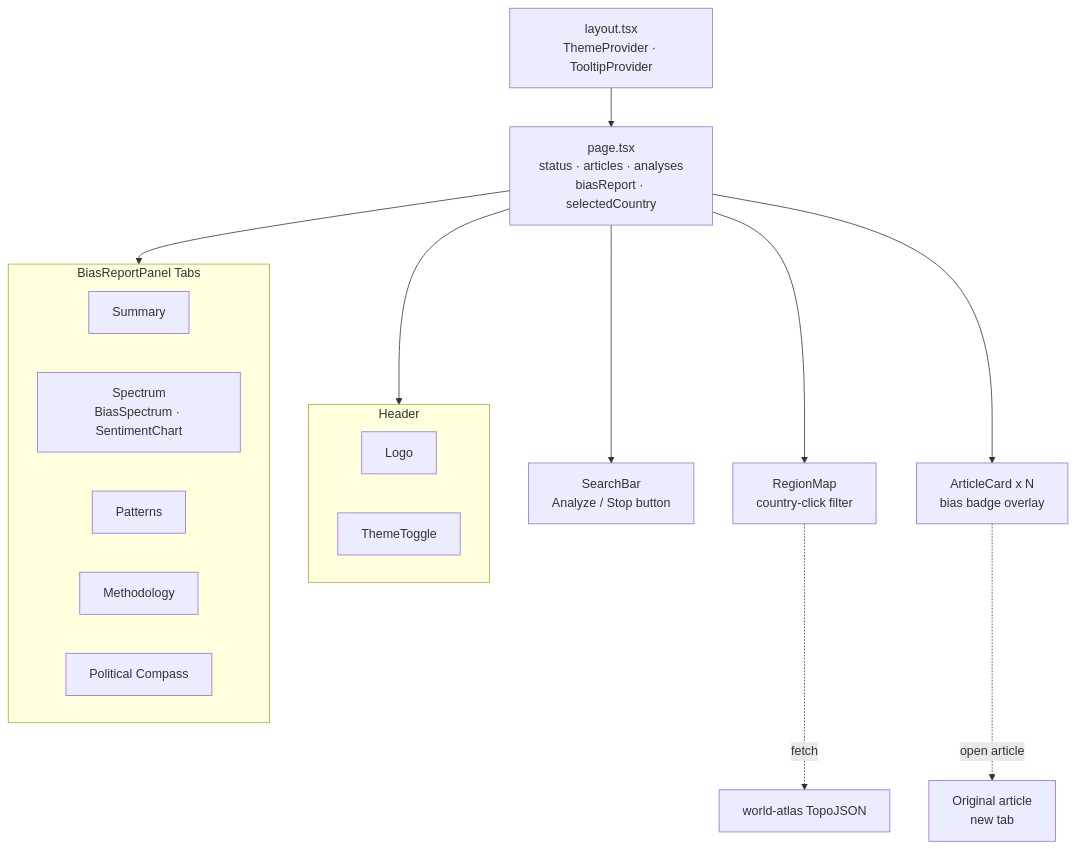
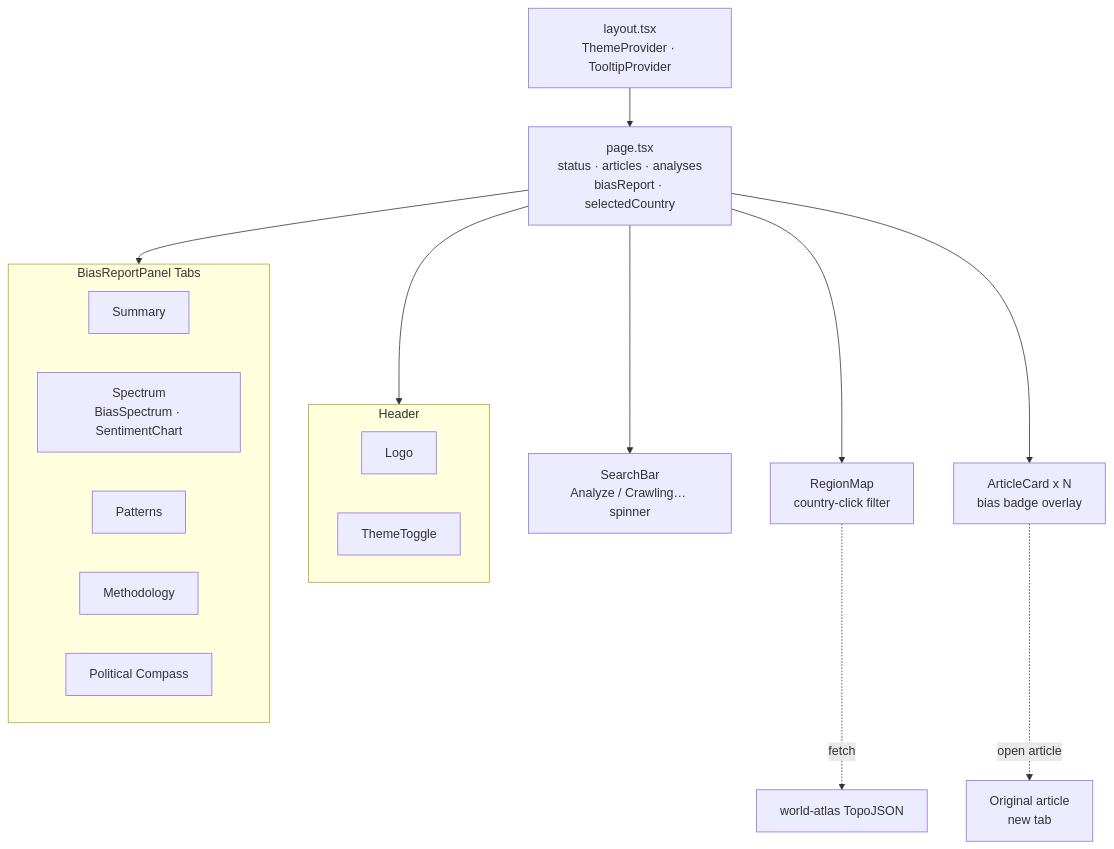
One commit to floron1337/the-lighthouse-project changed the fourth of 5 diagrams in docs/ARCHITECTURE_UML.md. Above: the diagram before and after it, drawn with Mermaid. The commit also changed other lines of this file and 3 other files, not shown here.

````diff
--- a/docs/ARCHITECTURE_UML.md
+++ b/docs/ARCHITECTURE_UML.md
@@ -225,28 +223,28 @@
 ```mermaid
 flowchart TB
   Layout["layout.tsx\nThemeProvider · TooltipProvider"]
   Page["page.tsx\nstatus · articles · analyses\nbiasReport · selectedCountry"]
   Layout --> Page
 
   Page --> Header
-  Page --> Search["SearchBar\nAnalyze / Stop button"]
+  Page --> Search["SearchBar\nAnalyze / Crawling… spinner"]
   Page --> Map["RegionMap\ncountry-click filter"]
   Page --> Cards["ArticleCard x N\nbias badge overlay"]
   Page --> Report["BiasReportPanel"]
 
   subgraph Header
     Logo
     Toggle["ThemeToggle"]
   end
 
   subgraph Report["BiasReportPanel Tabs"]
     Summary["Summary"]
     Spectrum["Spectrum\nBiasSpectrum · SentimentChart"]
     Patterns["Patterns"]
     Method["Methodology"]
     Compass["Political Compass"]
   end
 
   Cards -. "open article" .-> External["Original article\nnew tab"]
   Map -. "fetch" .-> Atlas["world-atlas TopoJSON"]
 ```
````
